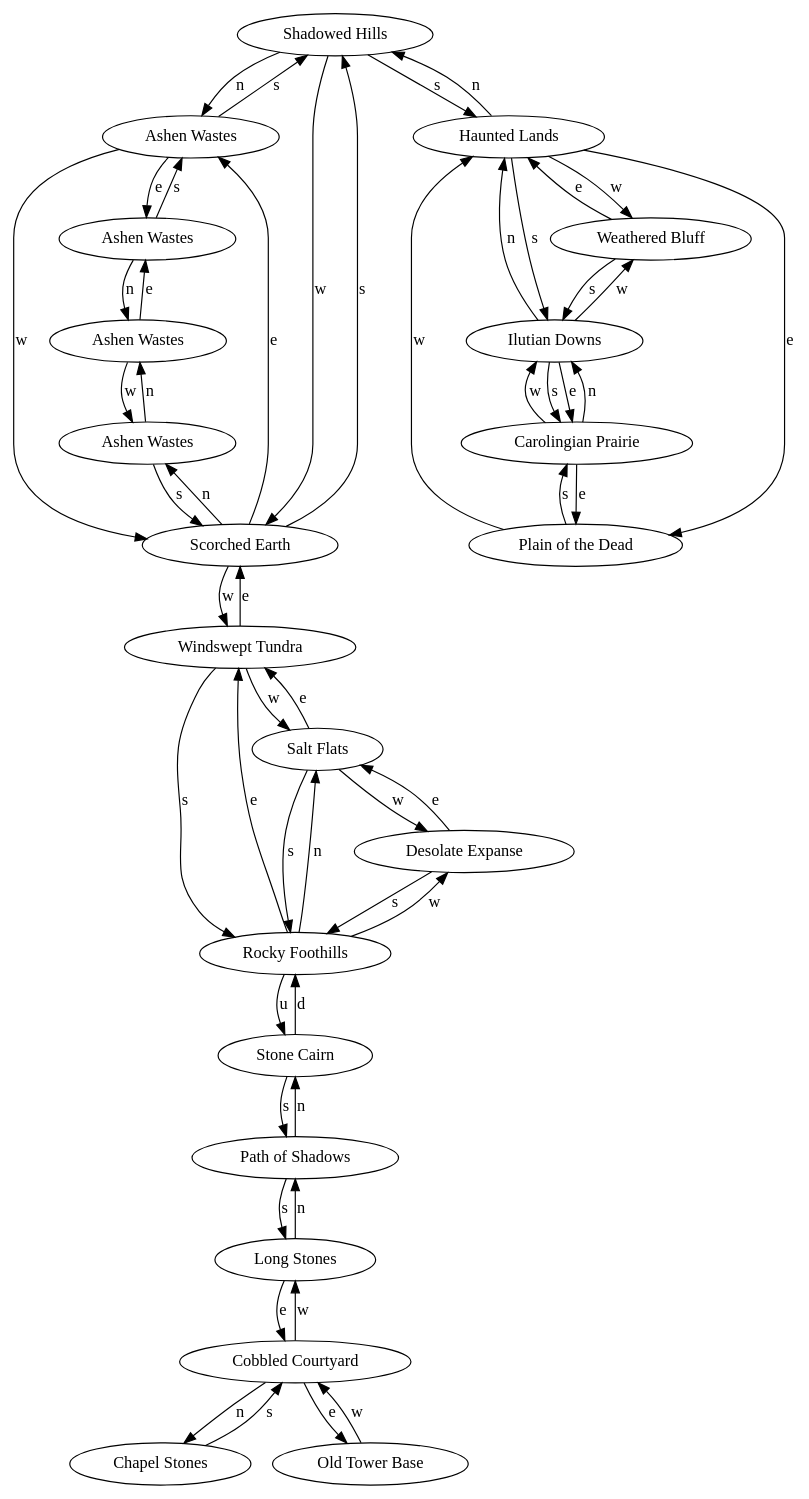
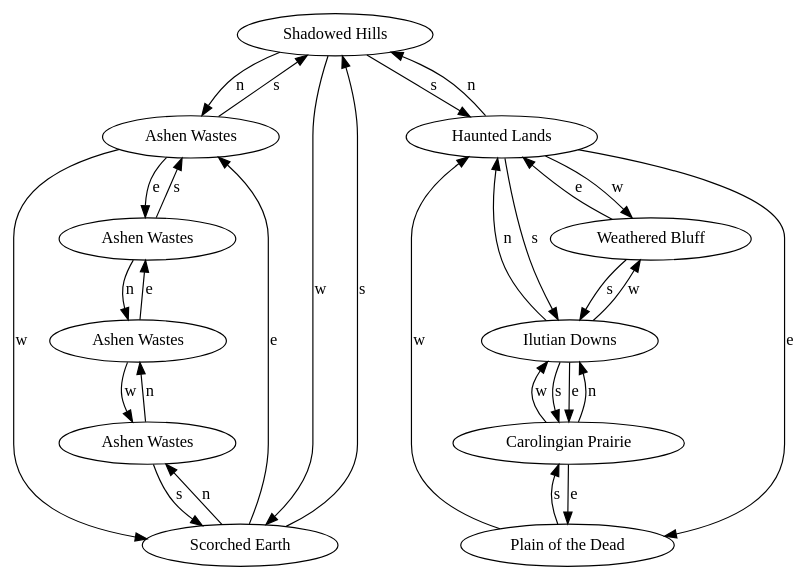
One commit to mcglincy/monster changed the diagram in utils/maps/dot/ashen_wastes.dot. Above: the diagram before and after it, drawn with Graphviz. The commit also changed 8 other files, not shown here.

Commit message:
Add rocky_foothills zone.

```diff
--- a/utils/maps/dot/ashen_wastes.dot
+++ b/utils/maps/dot/ashen_wastes.dot
@@ -1,77 +1,43 @@
 digraph monster {
 room_81 [label="Shadowed Hills"];
 room_81 -> room_208 [label="n"];
 room_81 -> room_439 [label="s"];
 room_81 -> room_207 [label="w"];
-room_202 [label="Desolate Expanse"];
-room_202 -> room_206 [label="s"];
-room_202 -> room_203 [label="e"];
-room_203 [label="Salt Flats"];
-room_203 -> room_206 [label="s"];
-room_203 -> room_204 [label="e"];
-room_203 -> room_202 [label="w"];
-room_204 [label="Windswept Tundra"];
-room_204 -> room_206 [label="s"];
-room_204 -> room_207 [label="e"];
-room_204 -> room_203 [label="w"];
-room_206 [label="Rocky Foothills"];
-room_206 -> room_203 [label="n"];
-room_206 -> room_204 [label="e"];
-room_206 -> room_202 [label="w"];
-room_206 -> room_560 [label="u"];
 room_207 [label="Scorched Earth"];
 room_207 -> room_209 [label="n"];
 room_207 -> room_81 [label="s"];
 room_207 -> room_208 [label="e"];
-room_207 -> room_204 [label="w"];
 room_208 [label="Ashen Wastes"];
 room_208 -> room_81 [label="s"];
 room_208 -> room_210 [label="e"];
 room_208 -> room_207 [label="w"];
 room_209 [label="Ashen Wastes"];
 room_209 -> room_211 [label="n"];
 room_209 -> room_207 [label="s"];
 room_210 [label="Ashen Wastes"];
 room_210 -> room_211 [label="n"];
 room_210 -> room_208 [label="s"];
 room_211 [label="Ashen Wastes"];
 room_211 -> room_210 [label="e"];
 room_211 -> room_209 [label="w"];
 room_439 [label="Haunted Lands"];
 room_439 -> room_81 [label="n"];
 room_439 -> room_444 [label="s"];
 room_439 -> room_440 [label="e"];
 room_439 -> room_443 [label="w"];
 room_440 [label="Plain of the Dead"];
 room_440 -> room_445 [label="s"];
 room_440 -> room_439 [label="w"];
 room_443 [label="Weathered Bluff"];
 room_443 -> room_444 [label="s"];
 room_443 -> room_439 [label="e"];
 room_444 [label="Ilutian Downs"];
 room_444 -> room_439 [label="n"];
 room_444 -> room_445 [label="s"];
 room_444 -> room_445 [label="e"];
 room_444 -> room_443 [label="w"];
 room_445 [label="Carolingian Prairie"];
 room_445 -> room_444 [label="n"];
 room_445 -> room_440 [label="e"];
 room_445 -> room_444 [label="w"];
-room_559 [label="Path of Shadows"];
-room_559 -> room_560 [label="n"];
-room_559 -> room_613 [label="s"];
-room_560 [label="Stone Cairn"];
-room_560 -> room_559 [label="s"];
-room_560 -> room_206 [label="d"];
-room_613 [label="Long Stones"];
-room_613 -> room_559 [label="n"];
-room_613 -> room_614 [label="e"];
-room_614 [label="Cobbled Courtyard"];
-room_614 -> room_615 [label="n"];
-room_614 -> room_616 [label="e"];
-room_614 -> room_613 [label="w"];
-room_615 [label="Chapel Stones"];
-room_615 -> room_614 [label="s"];
-room_616 [label="Old Tower Base"];
-room_616 -> room_614 [label="w"];
 }
```
